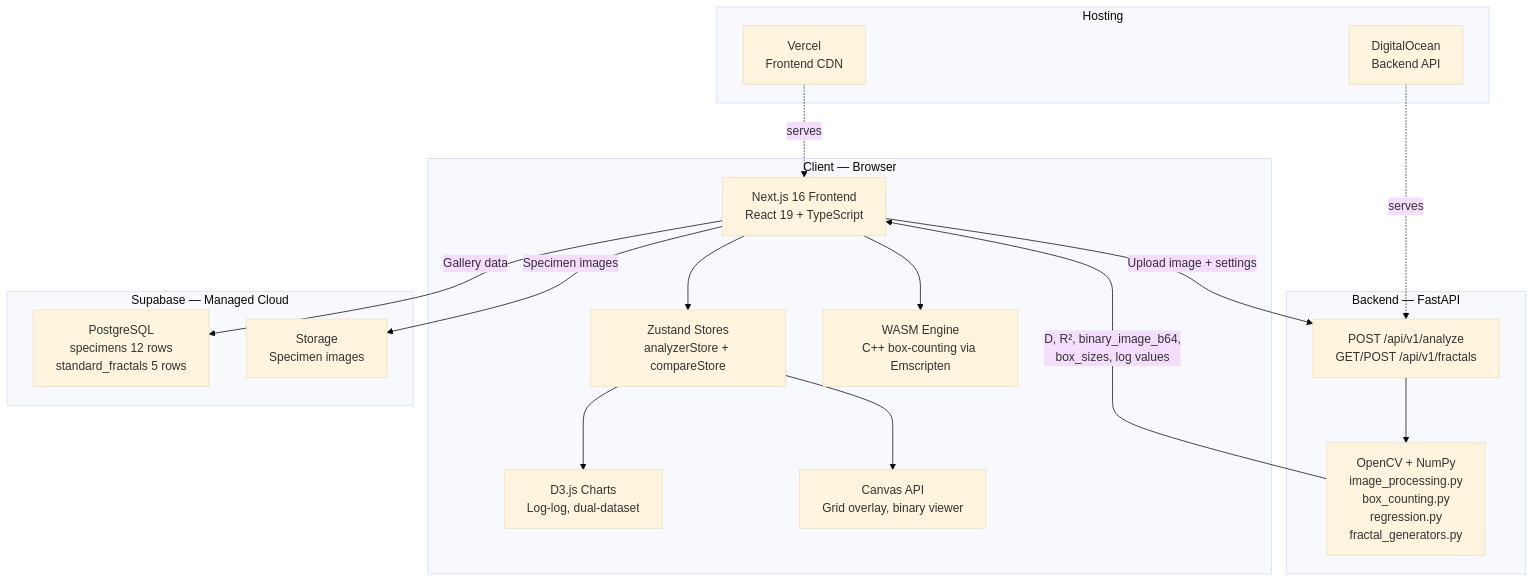
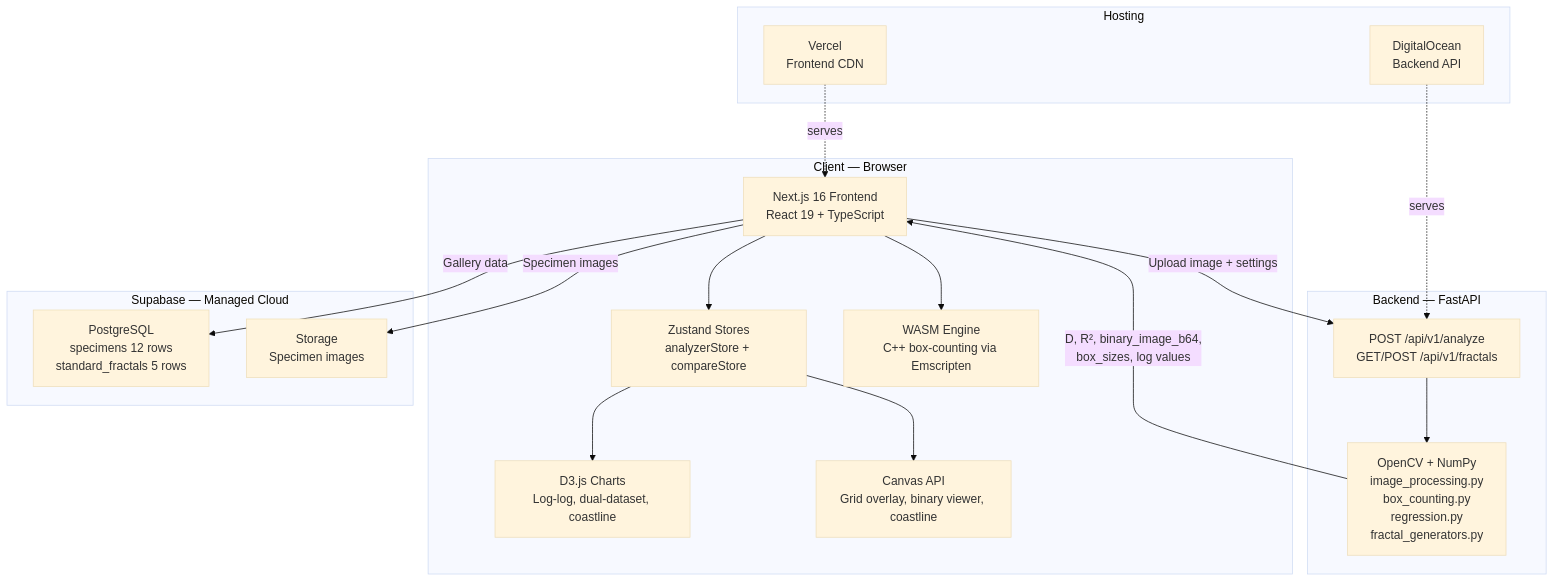
One commit to M3hul-raj/fractalvision-frontend changed the diagram in Implementation Plan.md. Above: the diagram before and after it, drawn with Mermaid (base theme). The commit also changed other lines of this file, not shown here.

````diff
--- a/Implementation Plan.md
+++ b/Implementation Plan.md
@@ -65,37 +66,37 @@
 ```mermaid
 graph TB
     subgraph "Client — Browser"
         UI["Next.js 16 Frontend<br/>React 19 + TypeScript"]
-        D3["D3.js Charts<br/>Log-log, dual-dataset"]
-        CV["Canvas API<br/>Grid overlay, binary viewer"]
+        D3["D3.js Charts<br/>Log-log, dual-dataset, coastline"]
+        CV["Canvas API<br/>Grid overlay, binary viewer, coastline"]
         ZS["Zustand Stores<br/>analyzerStore + compareStore"]
         WASM["WASM Engine<br/>C++ box-counting via Emscripten"]
     end
 
     subgraph "Backend — FastAPI"
         API["POST /api/v1/analyze<br/>GET/POST /api/v1/fractals"]
         CORE["OpenCV + NumPy<br/>image_processing.py<br/>box_counting.py<br/>regression.py<br/>fractal_generators.py"]
     end
 
     subgraph "Supabase — Managed Cloud"
         DB["PostgreSQL<br/>specimens 12 rows<br/>standard_fractals 5 rows"]
         STR["Storage<br/>Specimen images"]
     end
 
     subgraph "Hosting"
         VCL["Vercel<br/>Frontend CDN"]
         DO["DigitalOcean<br/>Backend API"]
     end
 
     UI --> ZS
     ZS --> D3
     ZS --> CV
     UI -->|"Upload image + settings"| API
     API --> CORE
     CORE -->|"D, R², binary_image_b64,<br/>box_sizes, log values"| UI
     UI -->|"Gallery data"| DB
     UI -->|"Specimen images"| STR
     UI --> WASM
     VCL -.->|"serves"| UI
     DO -.->|"serves"| API
 ```
````
